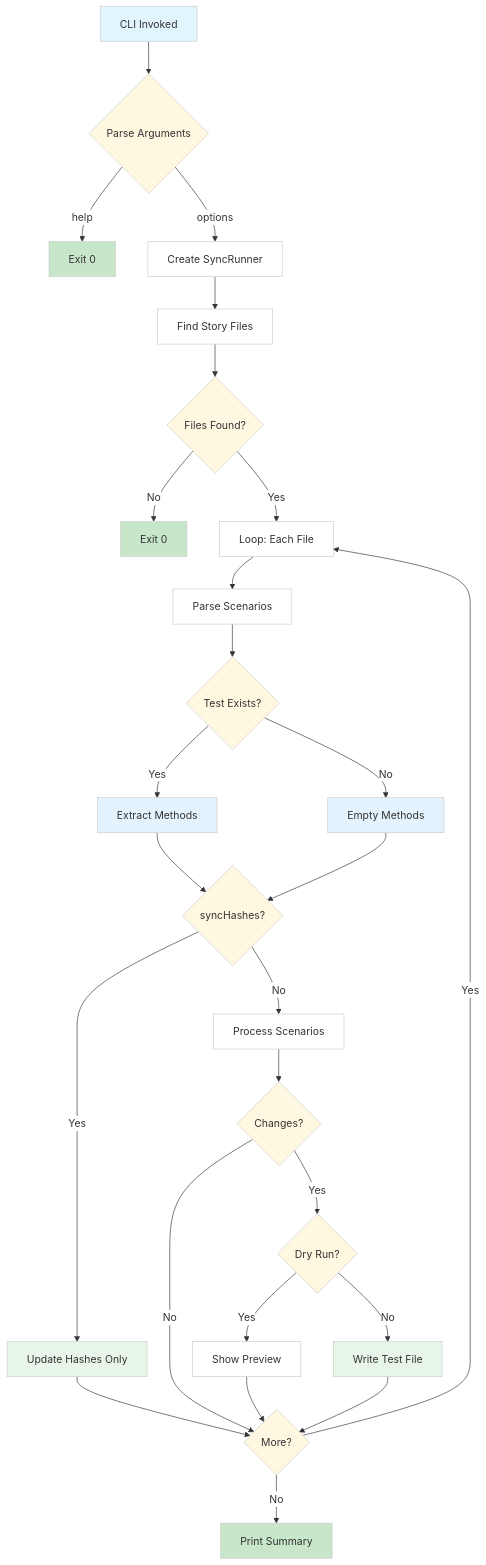
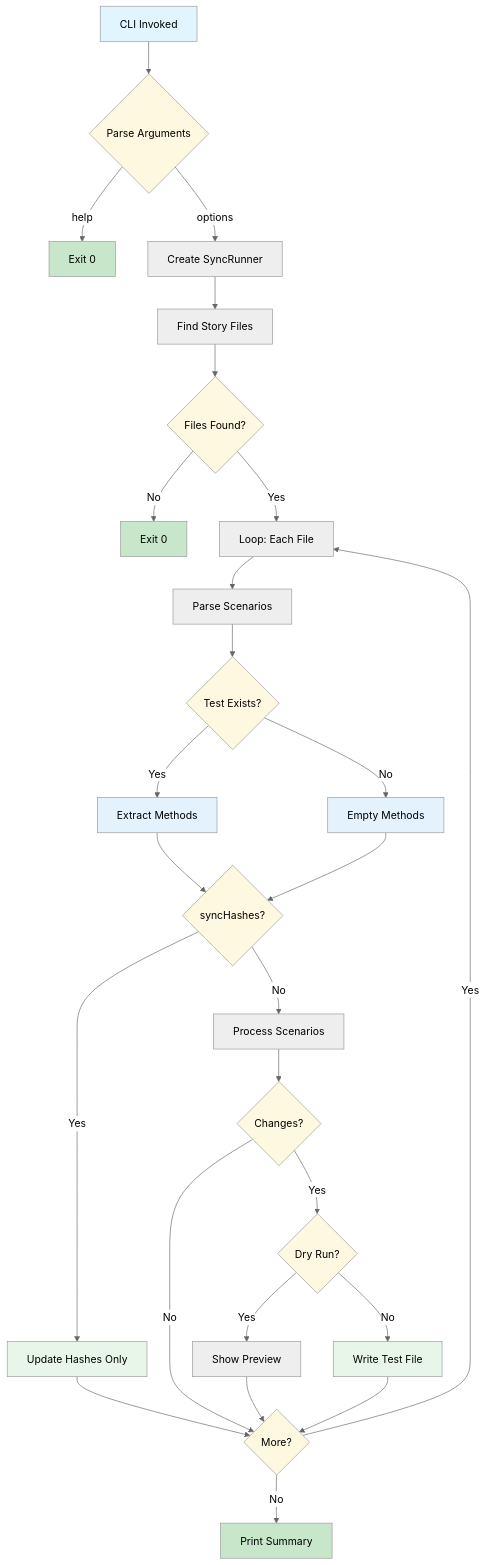
One commit to renedekat/verteller changed the diagram in README.md. Above: the diagram before and after it, drawn with Mermaid. The commit also changed 1 other file, not shown here.

Commit message:
docs: try neutral theme for dark mode

````diff
--- a/README.md
+++ b/README.md
@@ -195,51 +195,51 @@
 ```mermaid
-%%{init: {'theme': 'base', 'themeVariables': {'primaryColor': '#ffffff', 'background': '#ffffff', 'primaryBorderColor': '#cccccc', 'lineColor': '#333333', 'primaryTextColor': '#333333'}}}%%
+%%{init: {'theme': 'neutral'}}%%
 flowchart TD
     A[CLI Invoked] --> B{Parse Arguments}
     B -->|help| C[Exit 0]
     B -->|options| D[Create SyncRunner]
 
     D --> E[Find Story Files]
     E --> F{Files Found?}
     F -->|No| G[Exit 0]
     F -->|Yes| H[Loop: Each File]
 
     H --> I[Parse Scenarios]
     I --> J{Test Exists?}
     J -->|Yes| K[Extract Methods]
     J -->|No| L[Empty Methods]
 
     K --> M{syncHashes?}
     L --> M
 
     M -->|Yes| N[Update Hashes Only]
     N --> NEXT
 
     M -->|No| O[Process Scenarios]
     O --> P{Changes?}
     P -->|No| NEXT
     P -->|Yes| Q{Dry Run?}
     Q -->|Yes| R[Show Preview]
     Q -->|No| S[Write Test File]
 
     R --> NEXT
     S --> NEXT
     NEXT{More?} -->|Yes| H
     NEXT -->|No| T[Print Summary]
 
     style A fill:#e1f5fe
     style C fill:#c8e6c9
     style G fill:#c8e6c9
     style T fill:#c8e6c9
     style B fill:#fff8e1
     style F fill:#fff8e1
     style J fill:#fff8e1
     style M fill:#fff8e1
     style P fill:#fff8e1
     style Q fill:#fff8e1
     style NEXT fill:#fff8e1
     style S fill:#e8f5e9
     style N fill:#e8f5e9
     style K fill:#e3f2fd
     style L fill:#e3f2fd
 ```
````
